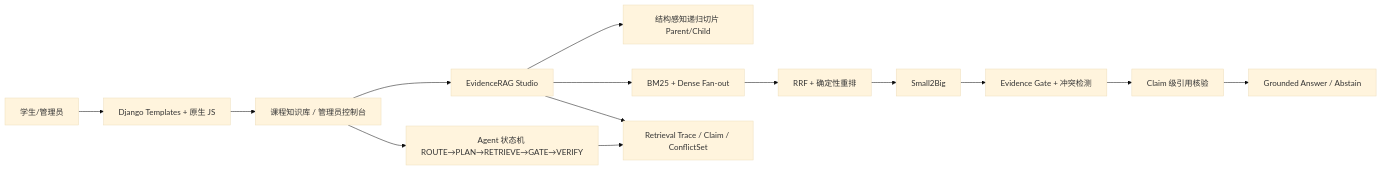
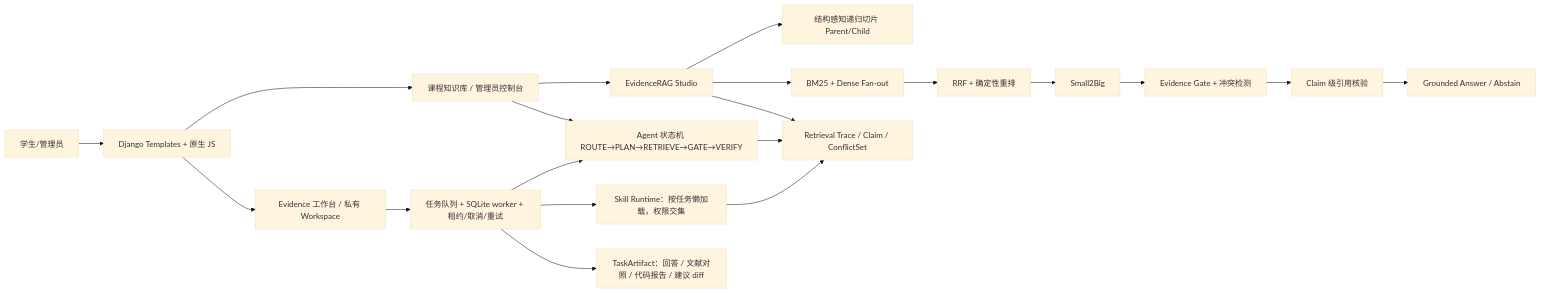
The first of 3 diagrams in README.md (Oookla28/AlgoMentor), drawn with Mermaid (base theme) before and after one commit. The commit also changed other lines of this file and 90 other files, not shown here.

````diff
--- a/README.md
+++ b/README.md
@@ -52,16 +56,22 @@
 ```mermaid
 flowchart LR
   U[学生/管理员] --> W[Django Templates + 原生 JS]
   W --> K[课程知识库 / 管理员控制台]
   K --> P[EvidenceRAG Studio]
   P --> C[结构感知递归切片 Parent/Child]
   P --> R[BM25 + Dense Fan-out]
   R --> F[RRF + 确定性重排]
   F --> S[Small2Big]
   S --> G[Evidence Gate + 冲突检测]
   G --> V[Claim 级引用核验]
   V --> A[Grounded Answer / Abstain]
   P --> T[Retrieval Trace / Claim / ConflictSet]
   K --> X[Agent 状态机 ROUTE→PLAN→RETRIEVE→GATE→VERIFY]
   X --> T
+  W --> B[Evidence 工作台 / 私有 Workspace]
+  B --> Q[任务队列 + SQLite worker + 租约/取消/重试]
+  Q --> X
+  Q --> S2[Skill Runtime：按任务懒加载，权限交集]
+  Q --> A2[TaskArtifact：回答 / 文献对照 / 代码报告 / 建议 diff]
+  S2 --> T
 ```
````
